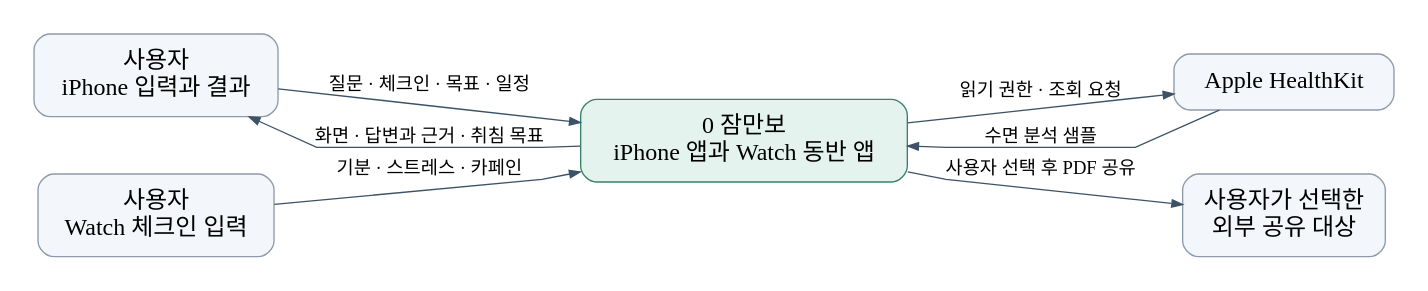
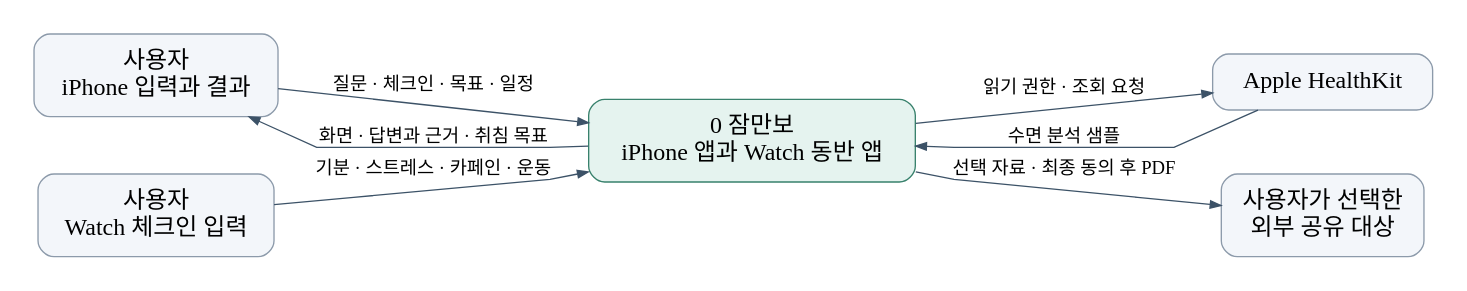
One commit to JinWoong-Jung/snorlax changed the diagram in docs/architecture/assets/context.dot. Above: the diagram before and after it, drawn with Graphviz. The commit also changed 22 other files, not shown here.

```diff
--- a/docs/architecture/assets/context.dot
+++ b/docs/architecture/assets/context.dot
@@ -1,18 +1,18 @@
 digraph G {
  graph [rankdir=LR, bgcolor="white", pad="0.25", nodesep="0.5", ranksep="0.8", splines=polyline];
  node [fontname="Apple SD Gothic Neo", fontsize=18, shape=box, style="rounded,filled", fillcolor="#F3F6FA", color="#8C9AAA", margin="0.22,0.15"];
  edge [fontname="Apple SD Gothic Neo", fontsize=14, color="#3C5267", arrowsize=0.8];
  user [label="사용자\niPhone 입력과 결과"];
  watch [label="사용자\nWatch 체크인 입력"];
  system [label="0 잠만보\niPhone 앱과 Watch 동반 앱", fillcolor="#E5F3EF", color="#38816C"];
  health [label="Apple HealthKit"];
  recipient [label="사용자가 선택한\n외부 공유 대상"];
  {rank=same; user; watch;}
  {rank=same; health; recipient;}
  user -> system [label="질문 · 체크인 · 목표 · 일정"];
  system -> user [label="화면 · 답변과 근거 · 취침 목표"];
- watch -> system [label="기분 · 스트레스 · 카페인"];
+ watch -> system [label="기분 · 스트레스 · 카페인 · 운동"];
  system -> health [label="읽기 권한 · 조회 요청"];
  health -> system [label="수면 분석 샘플"];
- system -> recipient [label="사용자 선택 후 PDF 공유"];
+ system -> recipient [label="선택 자료 · 최종 동의 후 PDF"];
 }
```
